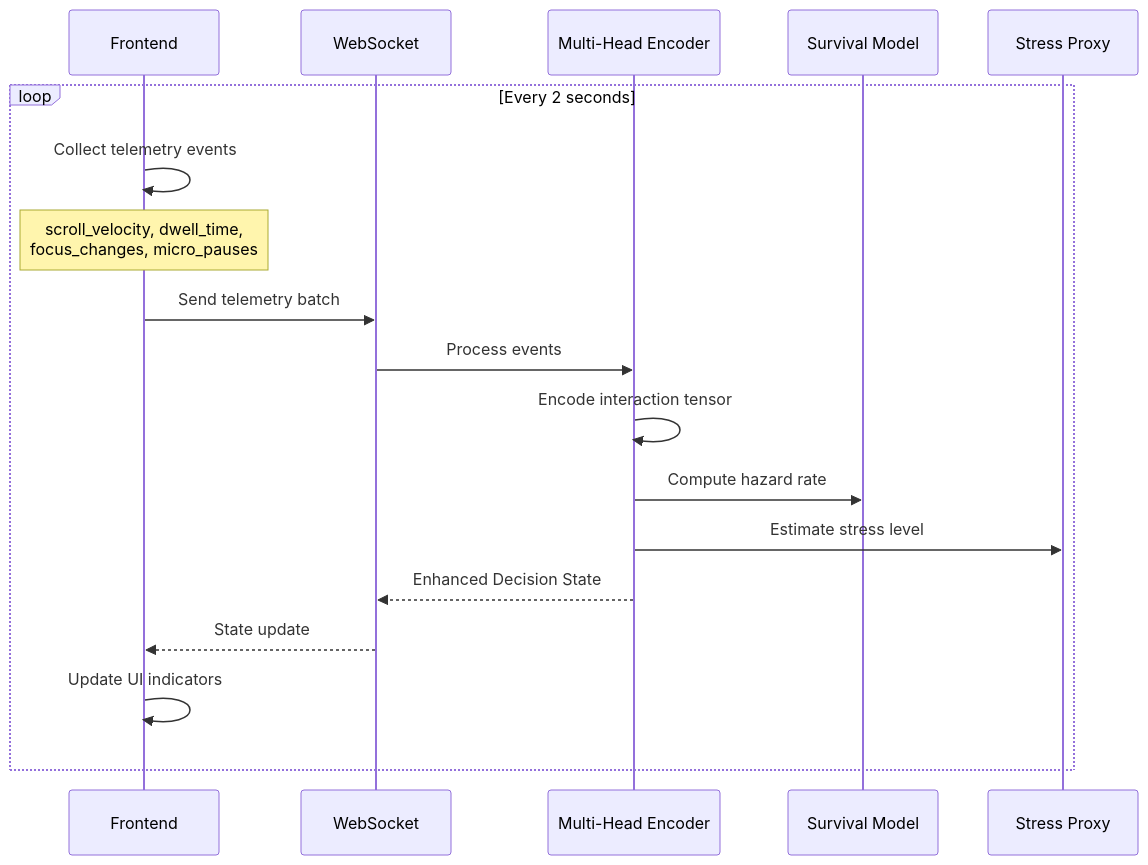
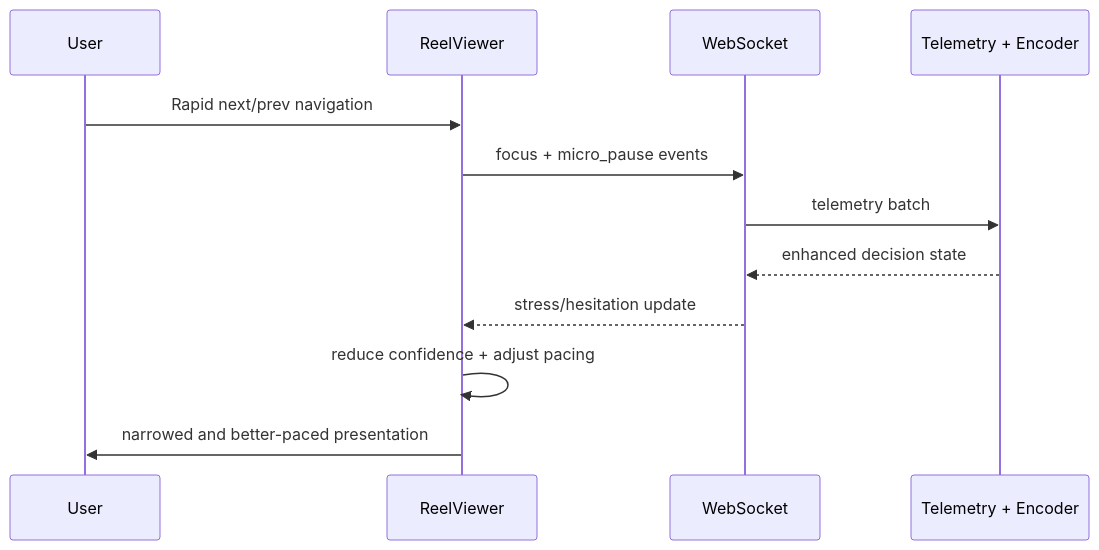
Before and after one commit to parthassamal/Sequential-narrative-AI: diagram 13 of 14 in README.md, drawn with Mermaid. The commit also changed other lines of this file, not shown here.

````diff
--- a/README.md
+++ b/README.md
@@ -423,25 +388,15 @@
 ```mermaid
 sequenceDiagram
-    participant FE as Frontend
+    participant U as User
+    participant FE as ReelViewer
     participant WS as WebSocket
-    participant MHE as Multi-Head Encoder
-    participant SM as Survival Model
-    participant SP as Stress Proxy
+    participant BE as Telemetry + Encoder
 
-    loop Every 2 seconds
-        FE->>FE: Collect telemetry events
-        Note over FE: scroll_velocity, dwell_time,<br/>focus_changes, micro_pauses
-        
-        FE->>WS: Send telemetry batch
-        WS->>MHE: Process events
-        
-        MHE->>MHE: Encode interaction tensor
-        MHE->>SM: Compute hazard rate
-        MHE->>SP: Estimate stress level
-        
-        MHE-->>WS: Enhanced Decision State
-        WS-->>FE: State update
-        
-        FE->>FE: Update UI indicators
-    end
+    U->>FE: Rapid next/prev navigation
+    FE->>WS: focus + micro_pause events
+    WS->>BE: telemetry batch
+    BE-->>WS: enhanced decision state
+    WS-->>FE: stress/hesitation update
+    FE->>FE: reduce confidence + adjust pacing
+    FE->>U: narrowed and better-paced presentation
 ```
````
